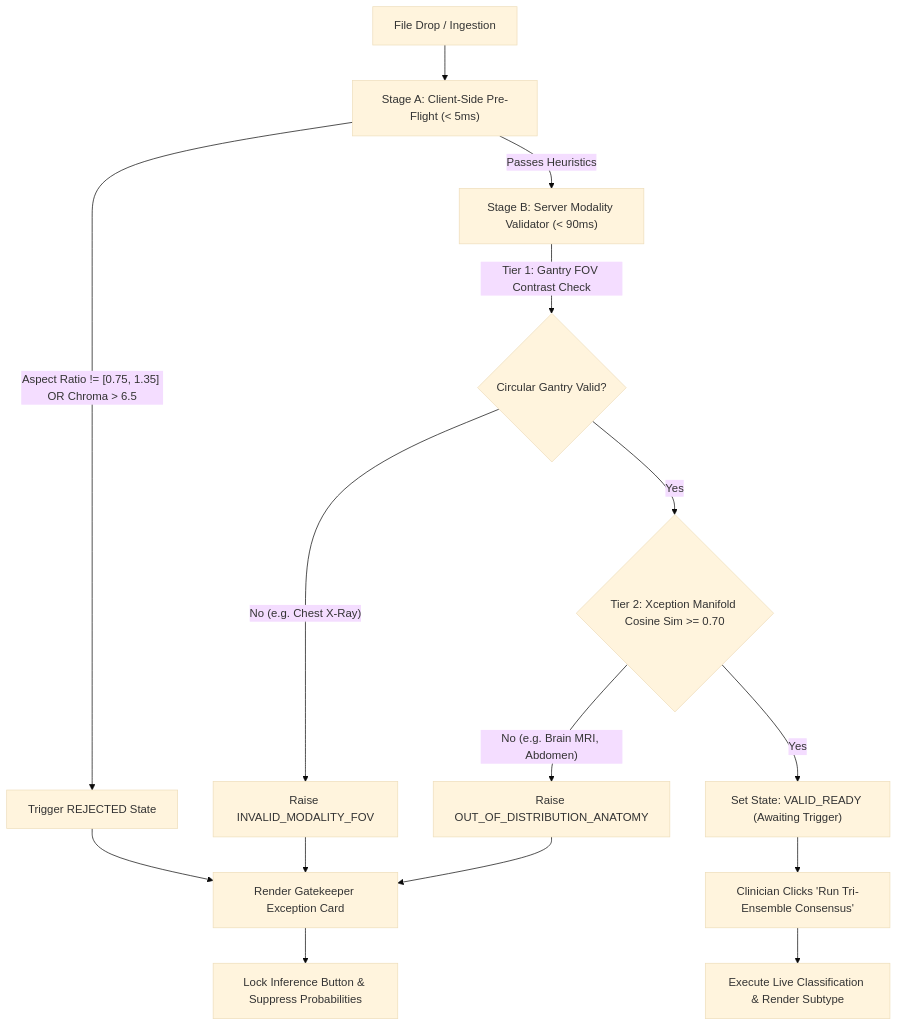
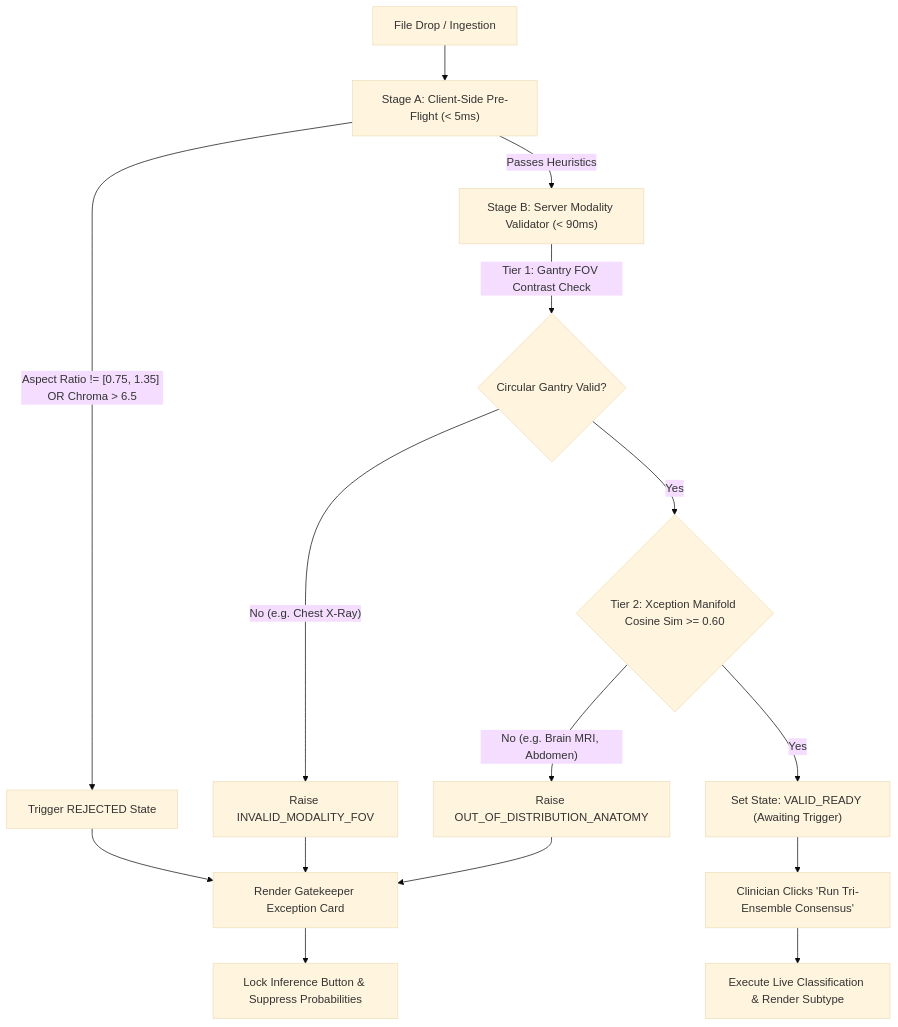
The diagram in PulmoAI_Frontend_Report.md (soubh2ik-source/Tech-Arch-Warriors), drawn with Mermaid (base theme) before and after one commit. The commit also changed other lines of this file and 4 other files, not shown here.

````diff
--- a/PulmoAI_Frontend_Report.md
+++ b/PulmoAI_Frontend_Report.md
@@ -326,17 +326,17 @@
 ```mermaid
 flowchart TD
     A["File Drop / Ingestion"] --> B["Stage A: Client-Side Pre-Flight (< 5ms)"]
     B -->|"Aspect Ratio != [0.75, 1.35] OR Chroma > 6.5"| R1["Trigger REJECTED State"]
     B -->|"Passes Heuristics"| C["Stage B: Server Modality Validator (< 90ms)"]
     C -->|"Tier 1: Gantry FOV Contrast Check"| D{"Circular Gantry Valid?"}
     D -->|"No (e.g. Chest X-Ray)"| R2["Raise INVALID_MODALITY_FOV"]
-    D -->|"Yes"| E{"Tier 2: Xception Manifold Cosine Sim >= 0.70"}
+    D -->|"Yes"| E{"Tier 2: Xception Manifold Cosine Sim >= 0.60"}
     E -->|"No (e.g. Brain MRI, Abdomen)"| R3["Raise OUT_OF_DISTRIBUTION_ANATOMY"]
     E -->|"Yes"| F["Set State: VALID_READY (Awaiting Trigger)"]
     R1 --> G["Render Gatekeeper Exception Card"]
     R2 --> G
     R3 --> G
     G --> H["Lock Inference Button & Suppress Probabilities"]
     F --> I["Clinician Clicks 'Run Tri-Ensemble Consensus'"]
     I --> J["Execute Live Classification & Render Subtype"]
 ```
````
